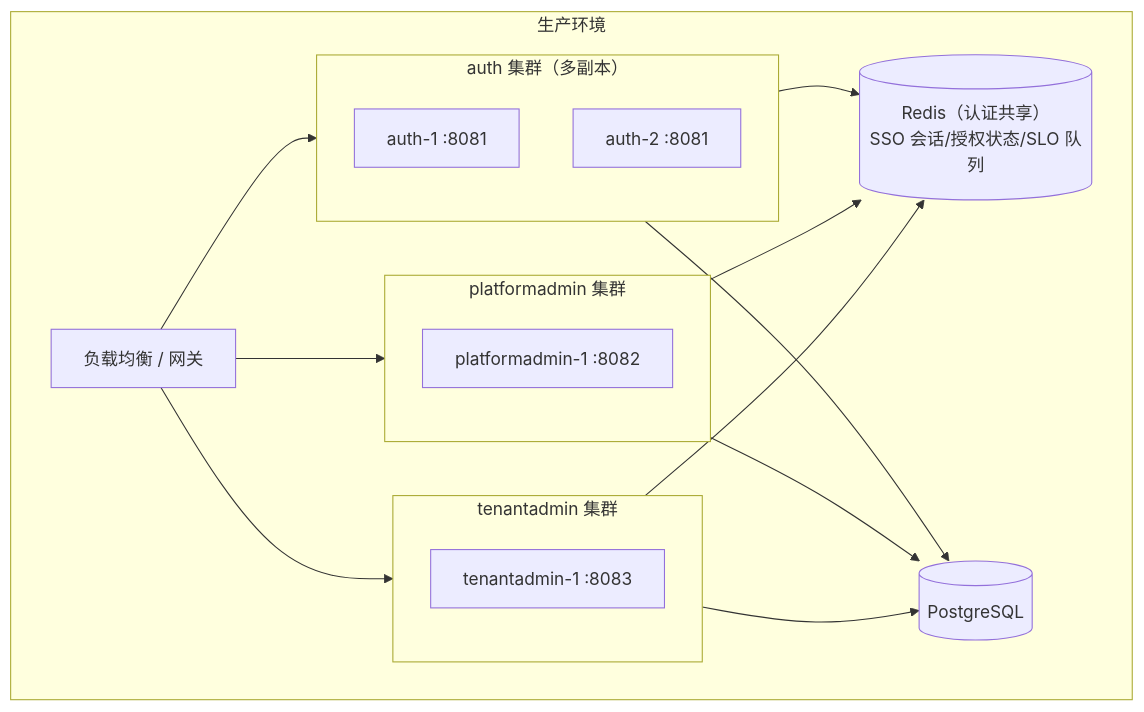
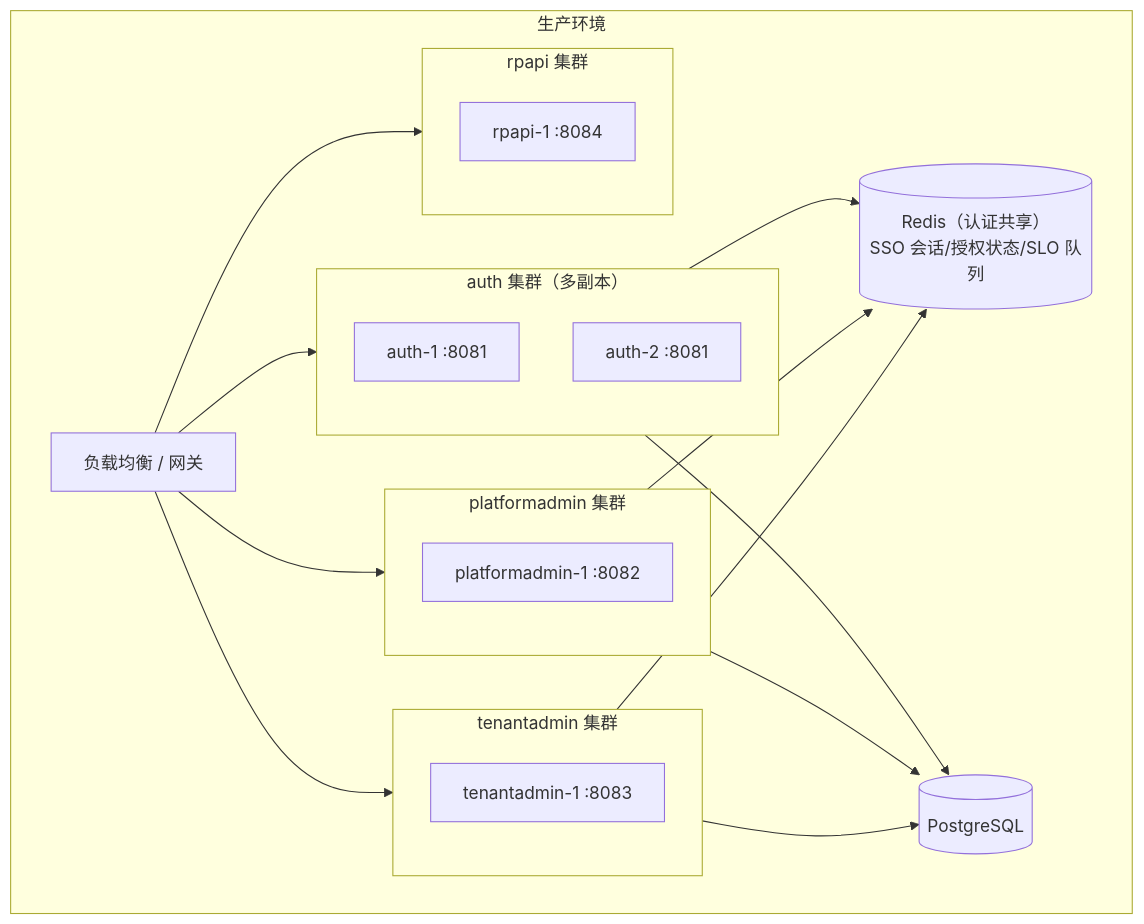
One commit to morehao/ark-iam changed the second of 2 diagrams in docs/design/run-and-deploy.md. Above: the diagram before and after it, drawn with Mermaid. The commit also changed other lines of this file and 76 other files, not shown here.

````diff
--- a/docs/design/run-and-deploy.md
+++ b/docs/design/run-and-deploy.md
@@ -226,27 +228,31 @@
 ```mermaid
 flowchart TB
     subgraph PROD["生产环境"]
         LB["负载均衡 / 网关"]
         subgraph AUTH_CLUS["auth 集群（多副本）"]
             A1["auth-1 :8081"]
             A2["auth-2 :8081"]
         end
         subgraph PLAT_CLUS["platformadmin 集群"]
             P1["platformadmin-1 :8082"]
         end
         subgraph TEN_CLUS["tenantadmin 集群"]
             T1["tenantadmin-1 :8083"]
         end
+        subgraph RP_CLUS["rpapi 集群"]
+            R1["rpapi-1 :8084"]
+        end
         REDIS_SHARED[("Redis（认证共享）<br/>SSO 会话/授权状态/SLO 队列")]
         PG[("PostgreSQL")]
     end
     LB --> AUTH_CLUS
     LB --> PLAT_CLUS
     LB --> TEN_CLUS
+    LB --> RP_CLUS
     AUTH_CLUS --> REDIS_SHARED
     PLAT_CLUS --> REDIS_SHARED
     TEN_CLUS --> REDIS_SHARED
     AUTH_CLUS --> PG
     PLAT_CLUS --> PG
     TEN_CLUS --> PG
 ```
````
